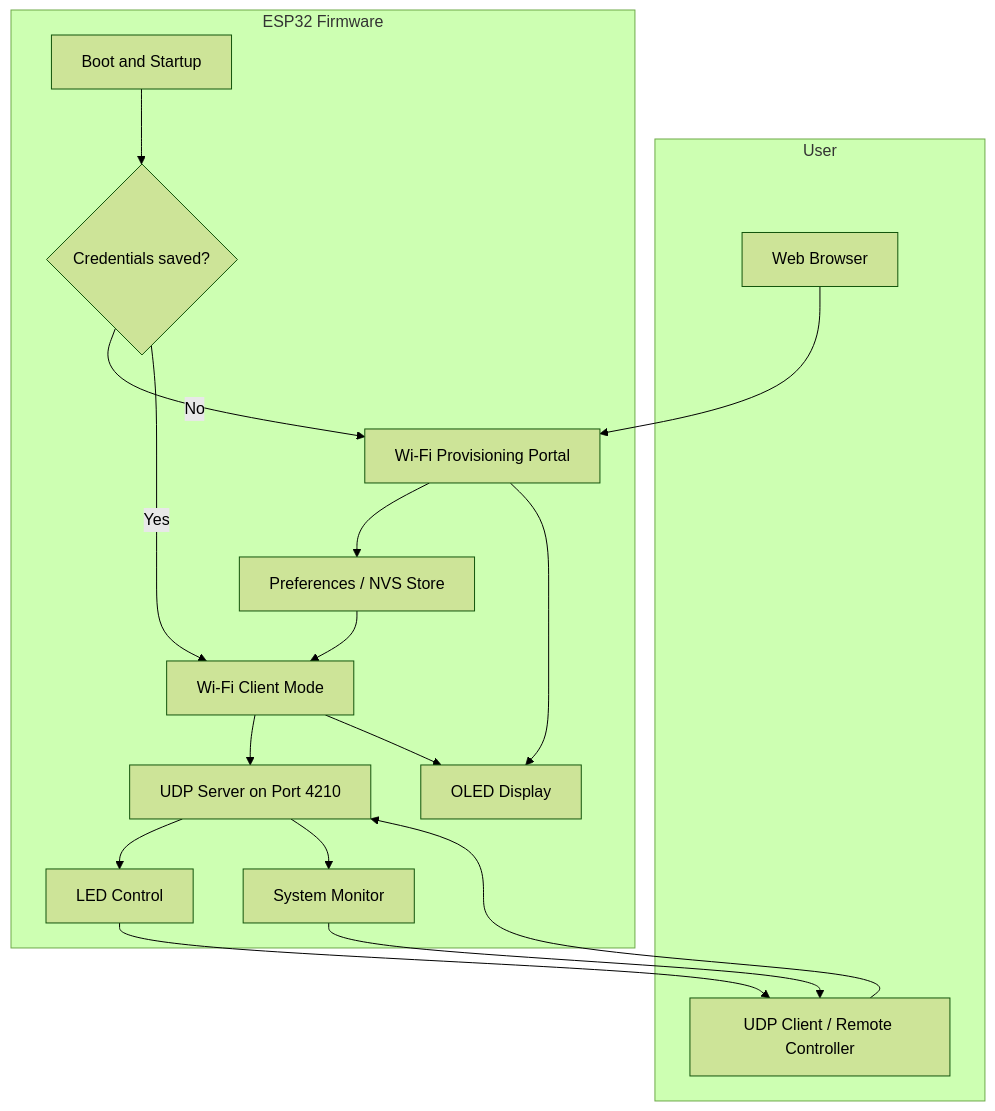
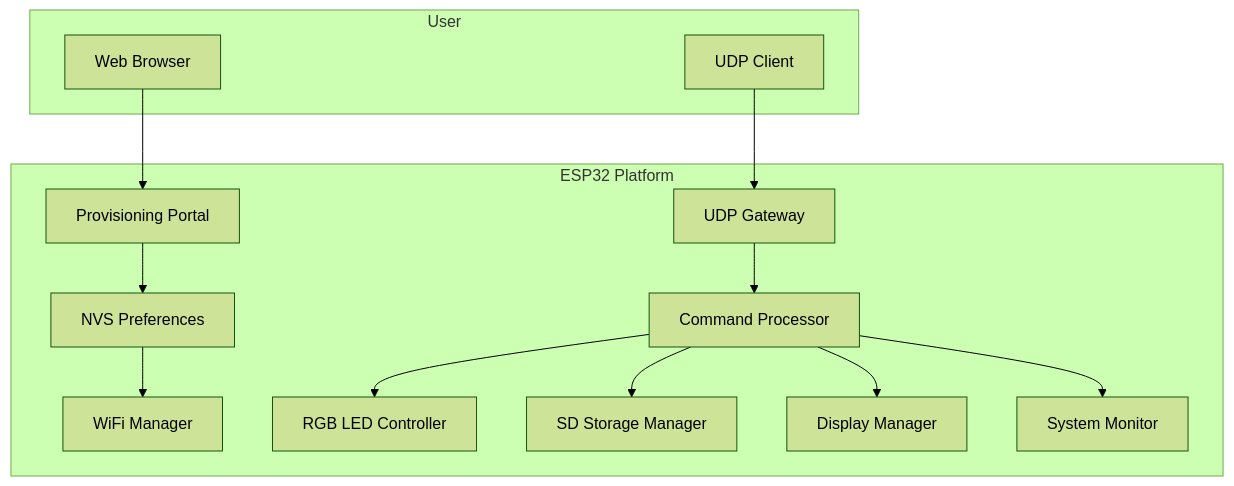
One commit to paulocfmarques-collab/esp32_wifi changed the first of 5 diagrams in README.md. Above: the diagram before and after it, drawn with Mermaid (forest theme). The commit also changed other lines of this file, not shown here.

````diff
--- a/README.md
+++ b/README.md
@@ -33,34 +33,34 @@
 ```mermaid
 flowchart TB
+
     subgraph User
-        U1[Web Browser]
-        U2[UDP Client / Remote Controller]
+        WEB[Web Browser]
+        CLIENT[UDP Client]
     end
 
-    subgraph ESP32 Firmware
-        A[Boot and Startup]
-        B{Credentials saved?}
-        C[Wi-Fi Provisioning Portal]
-        D[Preferences / NVS Store]
-        E[Wi-Fi Client Mode]
-        F[UDP Server on Port 4210]
-        G[LED Control]
-        H[System Monitor]
-        I[OLED Display]
+    subgraph ESP32 Platform
+        PORTAL[Provisioning Portal]
+        PREF[NVS Preferences]
+        WIFI[WiFi Manager]
+
+        GATEWAY[UDP Gateway]
+
+        CMD[Command Processor]
+        RGB[RGB LED Controller]
+        SD[SD Storage Manager]
+        DISP[Display Manager]
+        MON[System Monitor]
     end
 
-    U1 --> C
-    C --> D
-    D --> E
-    E --> F
-    U2 --> F
-    F --> G
-    F --> H
-    H --> U2
-    G --> U2
-    A --> B
-    B -->|No| C
-    B -->|Yes| E
-    E --> I
-    C --> I
+    WEB --> PORTAL
+    PORTAL --> PREF
+    PREF --> WIFI
+
+    CLIENT --> GATEWAY
+    GATEWAY --> CMD
+
+    CMD --> RGB
+    CMD --> SD
+    CMD --> DISP
+    CMD --> MON
 ```
````
